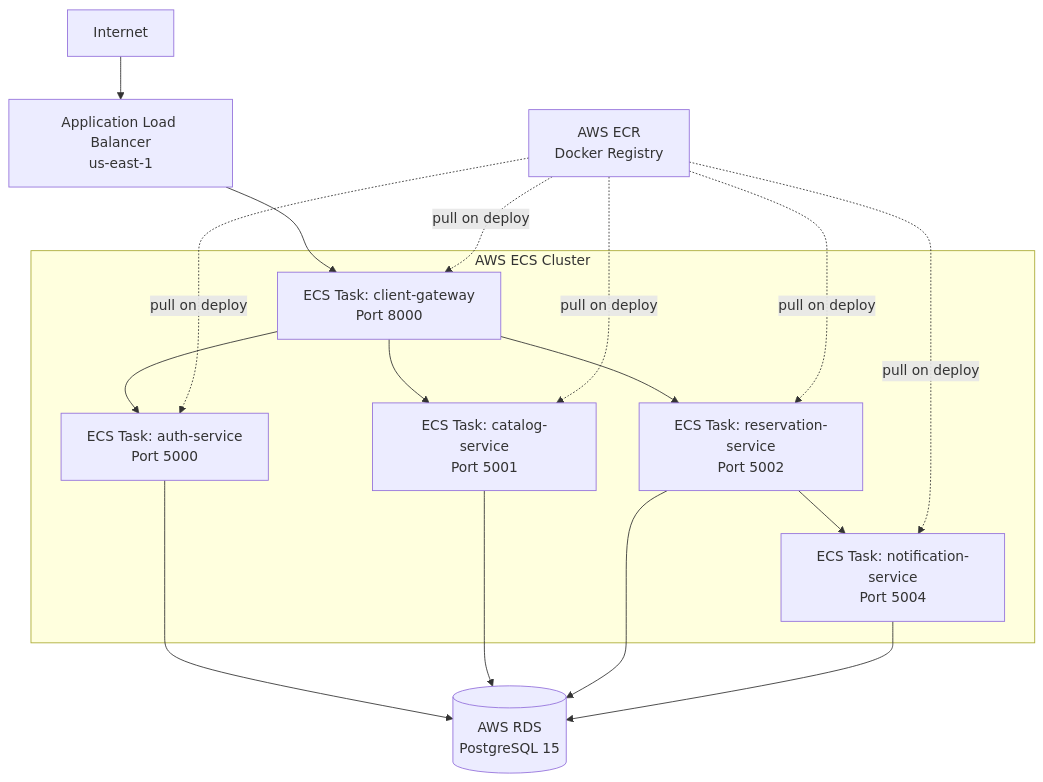
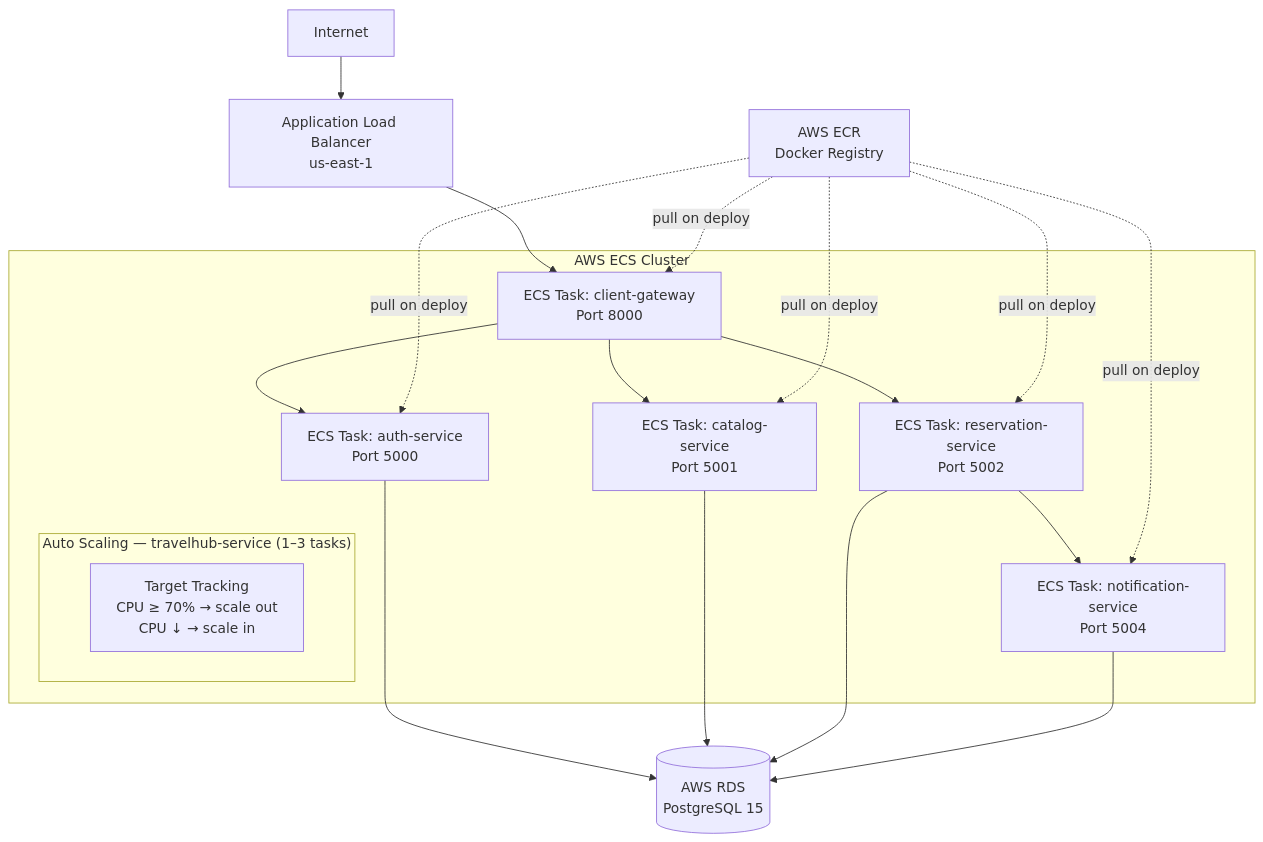
One commit to afvelezUniandes/proyecto-final changed the second of 3 diagrams in docs/despliegue.md. Above: the diagram before and after it, drawn with Mermaid. The commit also changed other lines of this file and 1 other file, not shown here.

Commit message:
feat: update database schema for catalog-service and add auto scaling details in deployment documentation

````diff
--- a/docs/despliegue.md
+++ b/docs/despliegue.md
@@ -60,18 +60,22 @@
 ```mermaid
 graph TB
     Internet["Internet"] --> ALB["Application Load Balancer\nus-east-1"]
 
     ALB --> ECS_GW["ECS Task: client-gateway\nPort 8000"]
 
     subgraph ECS["AWS ECS Cluster"]
         ECS_GW --> ECS_Auth["ECS Task: auth-service\nPort 5000"]
         ECS_GW --> ECS_Cat["ECS Task: catalog-service\nPort 5001"]
         ECS_GW --> ECS_Res["ECS Task: reservation-service\nPort 5002"]
         ECS_Notif["ECS Task: notification-service\nPort 5004"]
         ECS_Res --> ECS_Notif
+
+        subgraph AS["Auto Scaling — travelhub-service (1–3 tasks)"]
+            AS_Policy["Target Tracking\nCPU ≥ 70% → scale out\nCPU ↓ → scale in"]
+        end
     end
 
     ECS_Auth & ECS_Cat & ECS_Res & ECS_Notif --> RDS[("AWS RDS\nPostgreSQL 15")]
 
     ECR["AWS ECR\nDocker Registry"] -.->|pull on deploy| ECS_GW & ECS_Auth & ECS_Cat & ECS_Res & ECS_Notif
 ```
````
